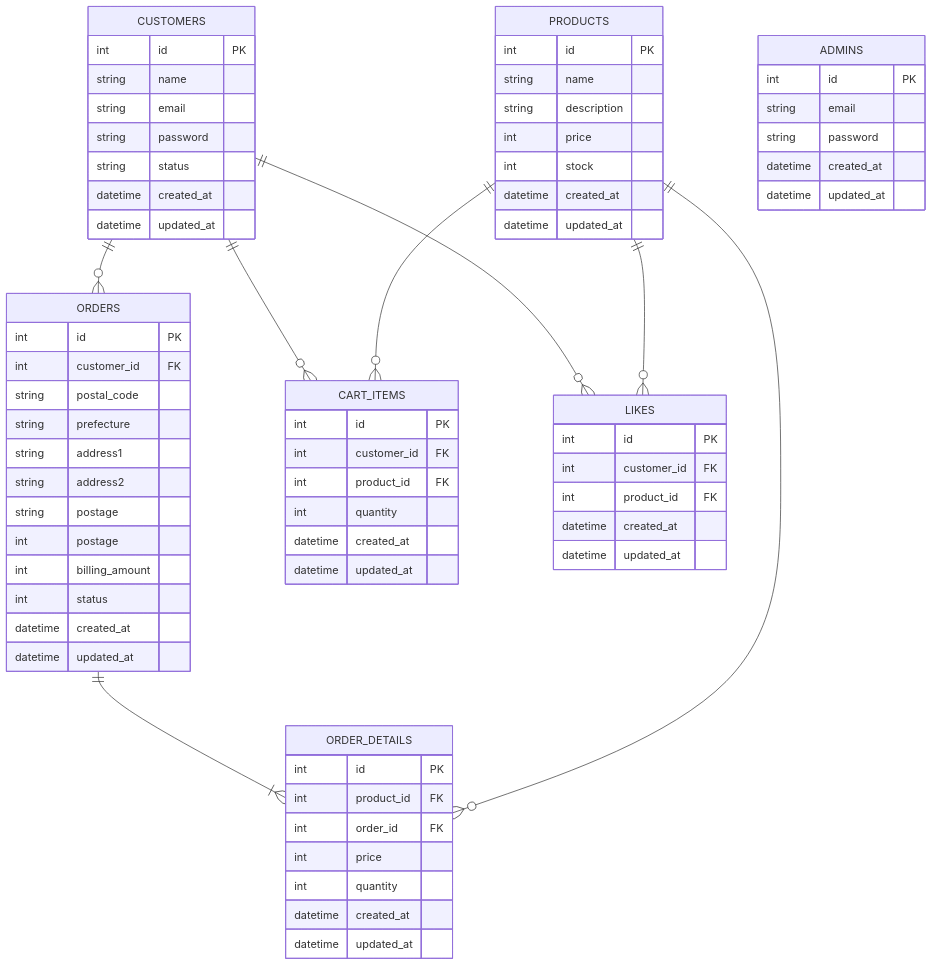
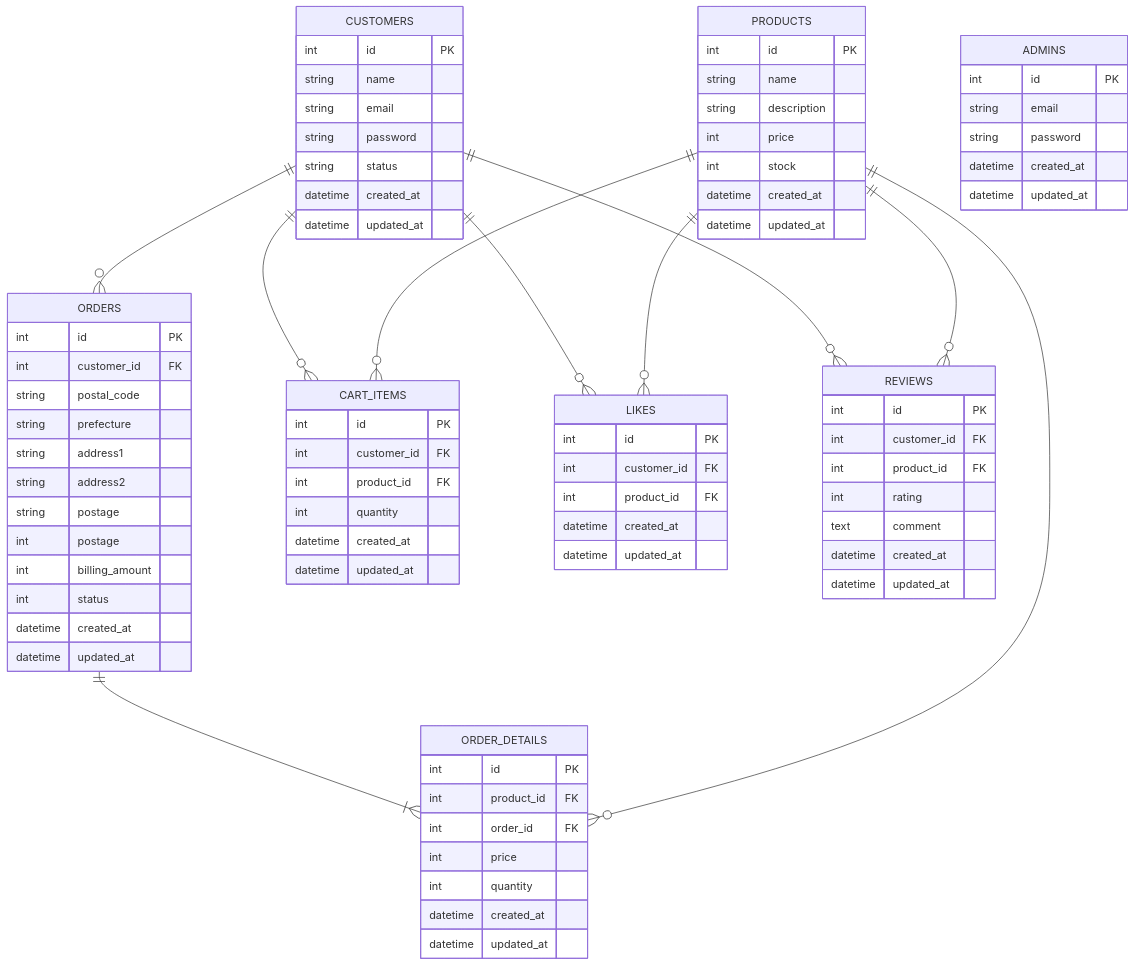
The diagram in test.md (soragogo/docker-rails-example), drawn with Mermaid before and after one commit. The commit also changed 9 other files, not shown here.

```diff
--- a/test.md
+++ b/test.md
@@ -7,6 +7,8 @@
     PRODUCTS ||--o{ ORDER_DETAILS : ""
     PRODUCTS ||--o{ CART_ITEMS : ""
     PRODUCTS ||--o{ LIKES: ""
+    CUSTOMERS ||--o{ REVIEWS: ""
+    PRODUCTS ||--o{ REVIEWS: ""
 
     CUSTOMERS {
         int id PK
@@ -51,6 +53,16 @@
         datetime updated_at
     }
 
+    REVIEWS {
+        int id PK
+        int customer_id FK
+        int product_id FK
+        int rating
+        text comment
+        datetime created_at
+        datetime updated_at
+    }
+
 
 
     PRODUCTS{
```
